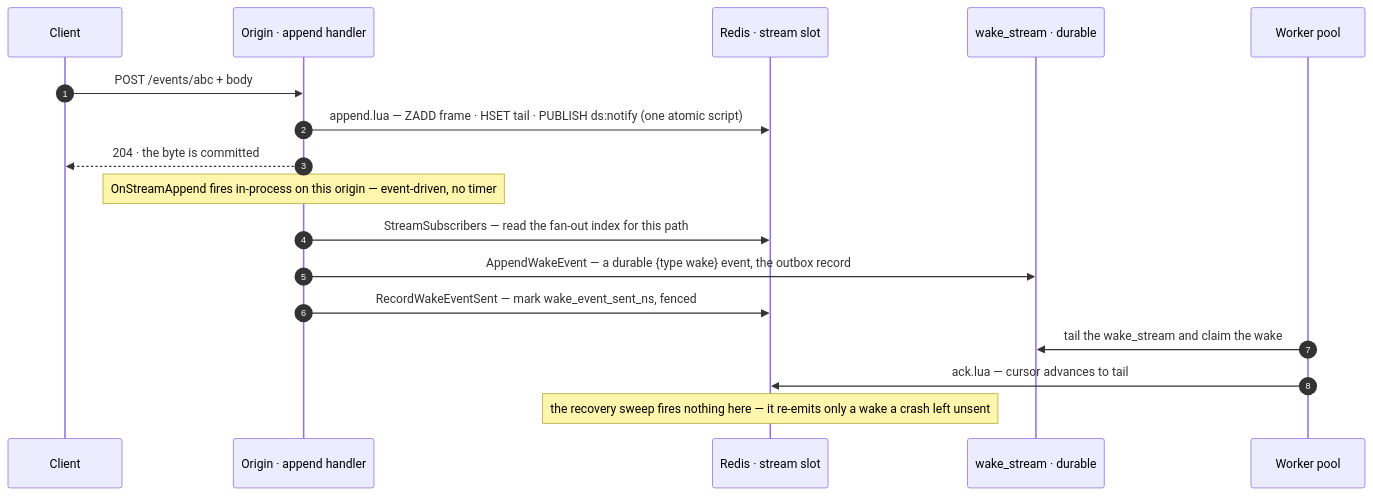
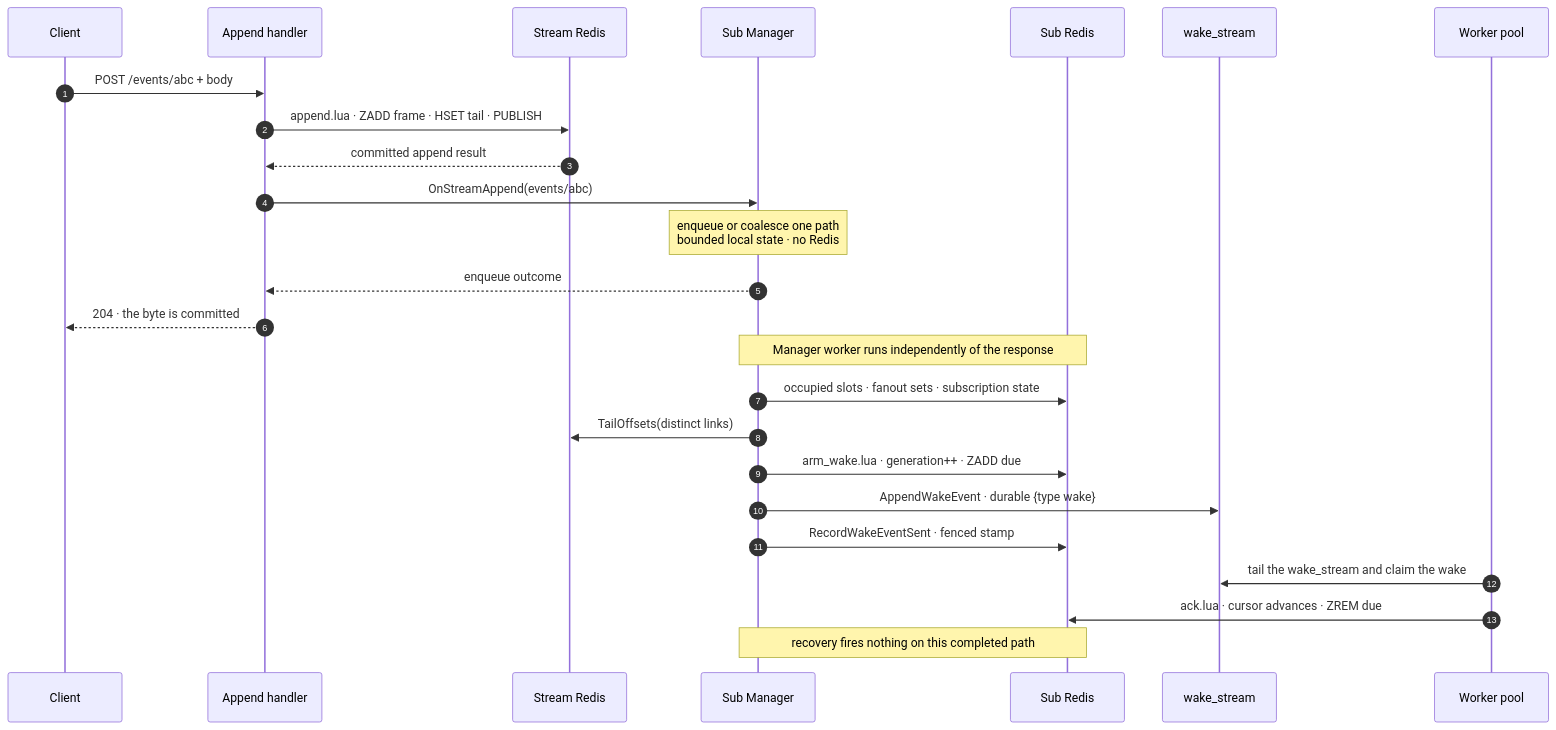
One commit to adityavkk/chronicle changed the diagram in docs-site/diagrams/seq-hs-eventflow.mmd. Above: the diagram before and after it, drawn with Mermaid. The commit also changed 30 other files, not shown here.

Commit message:
docs: explain async subscription fanout

```diff
--- a/docs-site/diagrams/seq-hs-eventflow.mmd
+++ b/docs-site/diagrams/seq-hs-eventflow.mmd
@@ -1,17 +1,25 @@
 sequenceDiagram
     autonumber
     participant Cli as Client
-    participant O as Origin · append handler
-    participant R as Redis · stream slot
-    participant WS as wake_stream · durable
+    participant H as Append handler
+    participant RS as Stream Redis
+    participant M as Sub Manager
+    participant RC as Sub Redis
+    participant WS as wake_stream
     participant W as Worker pool
-    Cli->>O: POST /events/abc + body
-    O->>R: append.lua — ZADD frame · HSET tail · PUBLISH ds:notify (one atomic script)
-    O-->>Cli: 204 · the byte is committed
-    Note over O: OnStreamAppend fires in-process on this origin — event-driven, no timer
-    O->>R: StreamSubscribers — read the fan-out index for this path
-    O->>WS: AppendWakeEvent — a durable {type wake} event, the outbox record
-    O->>R: RecordWakeEventSent — mark wake_event_sent_ns, fenced
+    Cli->>H: POST /events/abc + body
+    H->>RS: append.lua · ZADD frame · HSET tail · PUBLISH
+    RS-->>H: committed append result
+    H->>M: OnStreamAppend(events/abc)
+    Note over M: enqueue or coalesce one path<br/>bounded local state · no Redis
+    M-->>H: enqueue outcome
+    H-->>Cli: 204 · the byte is committed
+    Note over M,RC: Manager worker runs independently of the response
+    M->>RC: occupied slots · fanout sets · subscription state
+    M->>RS: TailOffsets(distinct links)
+    M->>RC: arm_wake.lua · generation++ · ZADD due
+    M->>WS: AppendWakeEvent · durable {type wake}
+    M->>RC: RecordWakeEventSent · fenced stamp
     W->>WS: tail the wake_stream and claim the wake
-    W->>R: ack.lua — cursor advances to tail
-    Note over R: the recovery sweep fires nothing here — it re-emits only a wake a crash left unsent
+    W->>RC: ack.lua · cursor advances · ZREM due
+    Note over M,RC: recovery fires nothing on this completed path
```
